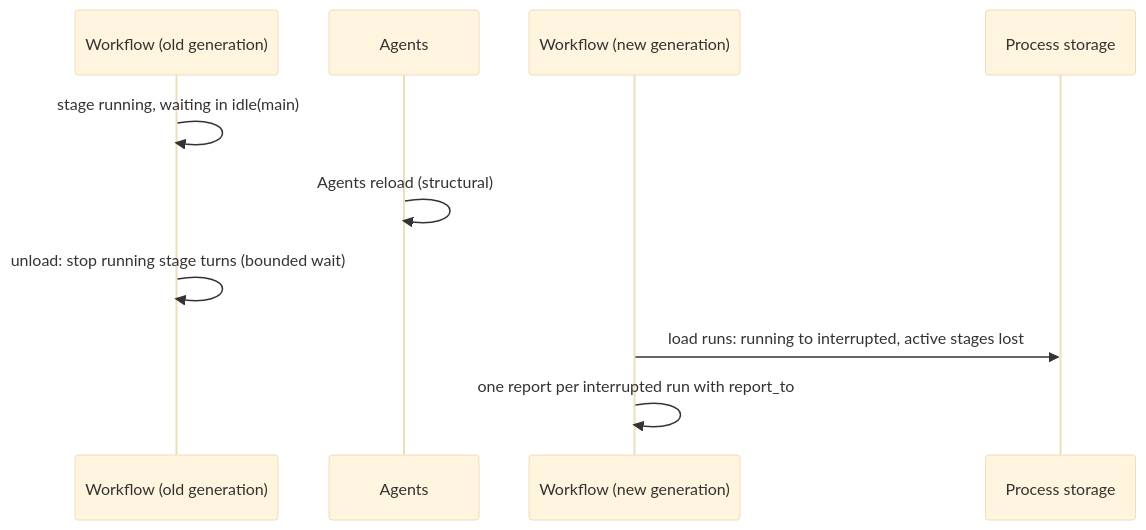
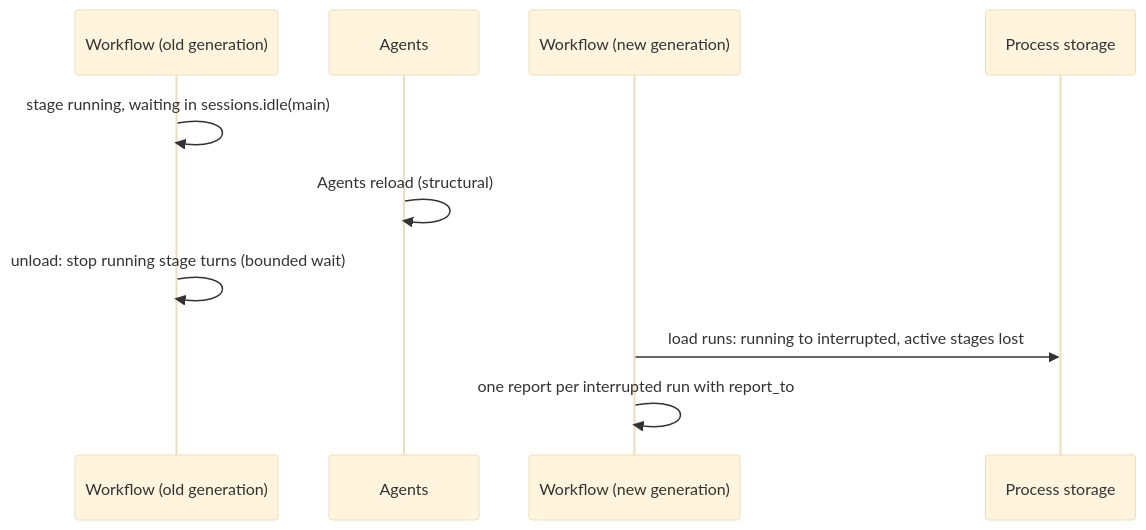
The sixth of 6 diagrams in docs/design/plugins/Workflow.md (CoutinhoTTS/dim-agent), drawn with Mermaid (base theme) before and after one commit. The commit also changed other lines of this file and 3 other files, not shown here.

````diff
--- a/docs/design/plugins/Workflow.md
+++ b/docs/design/plugins/Workflow.md
@@ -163,12 +161,12 @@
 ```mermaid
 sequenceDiagram
   participant WF as Workflow (old generation)
   participant A as Agents
   participant WF2 as Workflow (new generation)
   participant ST as Process storage
-  WF->>WF: stage running, waiting in idle(main)
+  WF->>WF: stage running, waiting in sessions.idle(main)
   A->>A: Agents reload (structural)
   WF->>WF: unload: stop running stage turns (bounded wait)
   WF2->>ST: load runs: running to interrupted, active stages lost
   WF2->>WF2: one report per interrupted run with report_to
 ```
````
